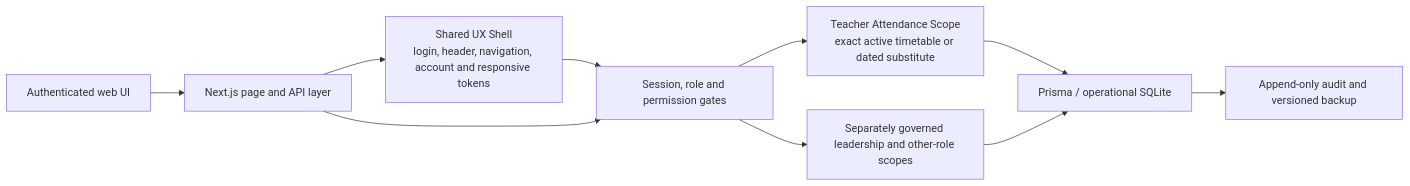
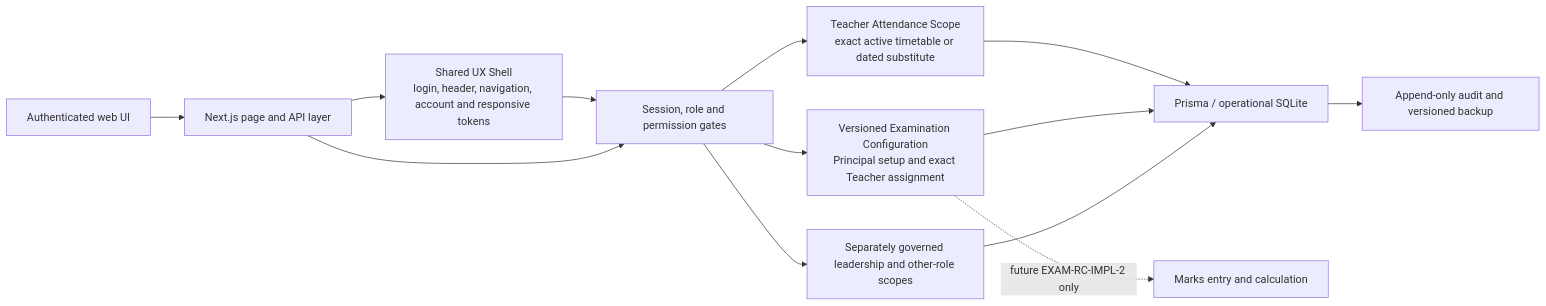
One commit to vsairohith67/nalanda-school-erp changed the diagram in docs/diagrams/master-architecture.mmd. Above: the diagram before and after it, drawn with Mermaid. The commit also changed 21 other files, not shown here.

```diff
--- a/docs/diagrams/master-architecture.mmd
+++ b/docs/diagrams/master-architecture.mmd
@@ -1,10 +1,13 @@
 flowchart LR
   UI["Authenticated web UI"] --> APP["Next.js page and API layer"]
   APP --> UX["Shared UX Shell\nlogin, header, navigation, account and responsive tokens"]
   UX --> AUTH
   APP --> AUTH["Session, role and permission gates"]
   AUTH --> TAS["Teacher Attendance Scope\nexact active timetable or dated substitute"]
+  AUTH --> EXAM["Versioned Examination Configuration\nPrincipal setup and exact Teacher assignment"]
   AUTH --> GOV["Separately governed leadership and other-role scopes"]
   TAS --> DATA["Prisma / operational SQLite"]
+  EXAM --> DATA
+  EXAM -. "future EXAM-RC-IMPL-2 only" .-> MARKS["Marks entry and calculation"]
   GOV --> DATA
   DATA --> AUDIT["Append-only audit and versioned backup"]
```
